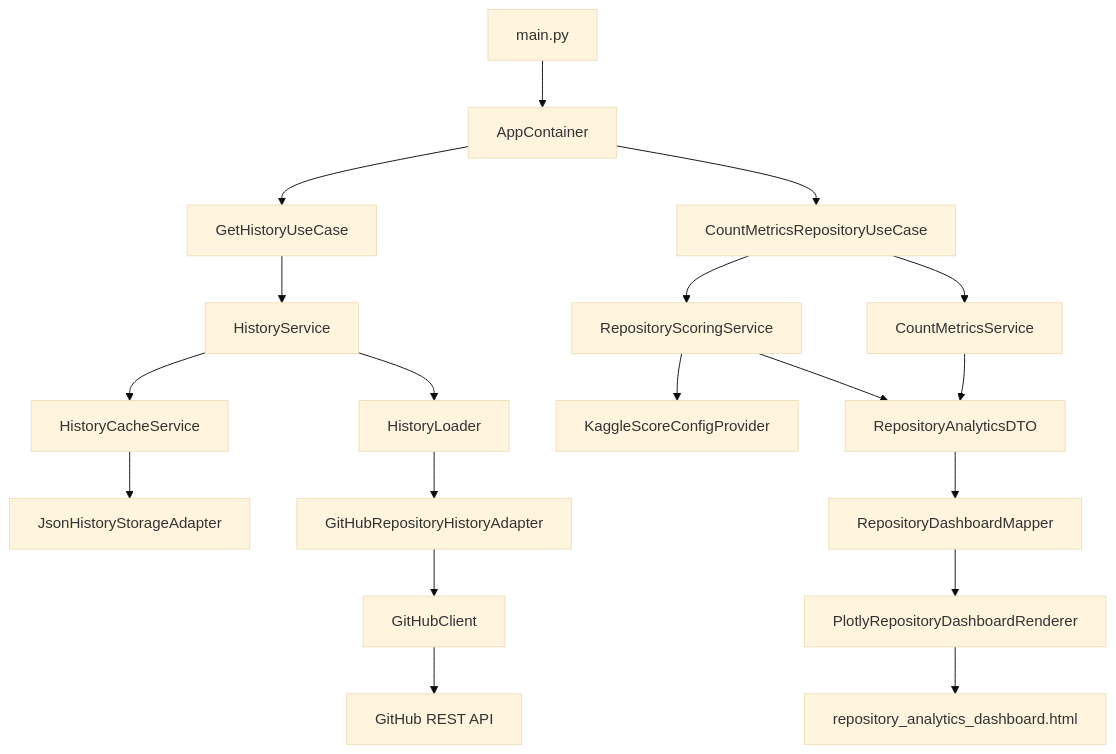
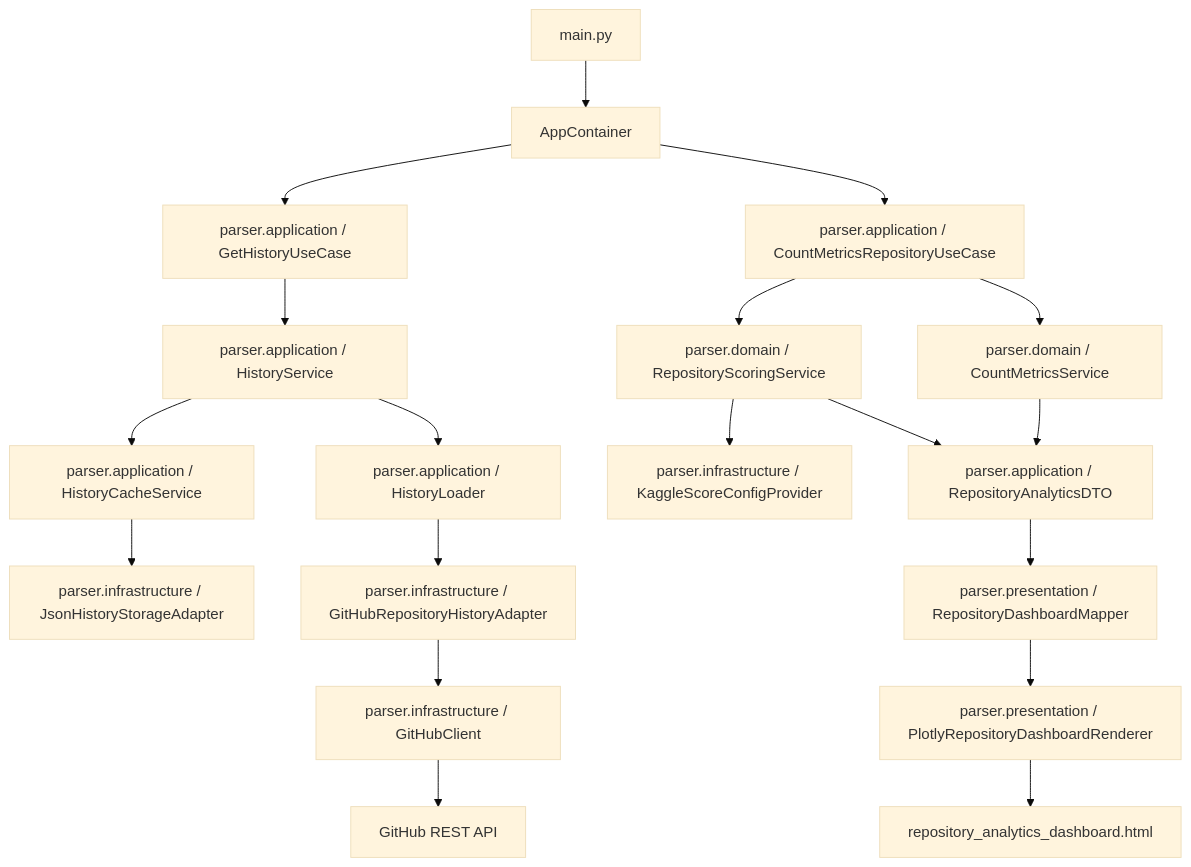
Before and after one commit to nikBaben/GitHub-repository-parser: the diagram in docs/architecture.md, drawn with Mermaid (base theme). The commit also changed other lines of this file and 5 other files, not shown here.

````diff
--- a/docs/architecture.md
+++ b/docs/architecture.md
@@ -8,21 +8,21 @@
 ```mermaid
 flowchart TD
     Main["main.py"] --> Container["AppContainer"]
-    Container --> HistoryUseCase["GetHistoryUseCase"]
-    Container --> AnalyticsUseCase["CountMetricsRepositoryUseCase"]
-    HistoryUseCase --> HistoryService["HistoryService"]
-    HistoryService --> Cache["HistoryCacheService"]
-    HistoryService --> Loader["HistoryLoader"]
-    Cache --> Storage["JsonHistoryStorageAdapter"]
-    Loader --> GitHubAdapter["GitHubRepositoryHistoryAdapter"]
-    GitHubAdapter --> GitHubClient["GitHubClient"]
+    Container --> HistoryUseCase["parser.application / GetHistoryUseCase"]
+    Container --> AnalyticsUseCase["parser.application / CountMetricsRepositoryUseCase"]
+    HistoryUseCase --> HistoryService["parser.application / HistoryService"]
+    HistoryService --> Cache["parser.application / HistoryCacheService"]
+    HistoryService --> Loader["parser.application / HistoryLoader"]
+    Cache --> Storage["parser.infrastructure / JsonHistoryStorageAdapter"]
+    Loader --> GitHubAdapter["parser.infrastructure / GitHubRepositoryHistoryAdapter"]
+    GitHubAdapter --> GitHubClient["parser.infrastructure / GitHubClient"]
     GitHubClient --> GitHub["GitHub REST API"]
-    AnalyticsUseCase --> Metrics["CountMetricsService"]
-    AnalyticsUseCase --> Scoring["RepositoryScoringService"]
-    Scoring --> Dataset["KaggleScoreConfigProvider"]
-    Metrics --> AnalyticsDTO["RepositoryAnalyticsDTO"]
+    AnalyticsUseCase --> Metrics["parser.domain / CountMetricsService"]
+    AnalyticsUseCase --> Scoring["parser.domain / RepositoryScoringService"]
+    Scoring --> Dataset["parser.infrastructure / KaggleScoreConfigProvider"]
+    Metrics --> AnalyticsDTO["parser.application / RepositoryAnalyticsDTO"]
     Scoring --> AnalyticsDTO
-    AnalyticsDTO --> DashboardMapper["RepositoryDashboardMapper"]
-    DashboardMapper --> Renderer["PlotlyRepositoryDashboardRenderer"]
+    AnalyticsDTO --> DashboardMapper["parser.presentation / RepositoryDashboardMapper"]
+    DashboardMapper --> Renderer["parser.presentation / PlotlyRepositoryDashboardRenderer"]
     Renderer --> HTML["repository_analytics_dashboard.html"]
 ```
````
